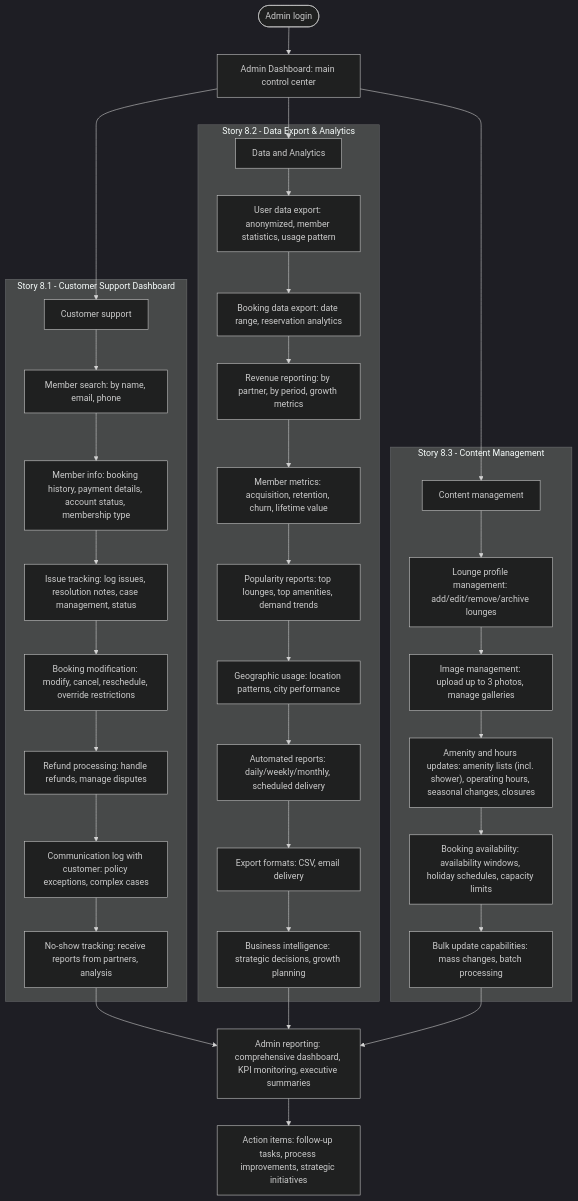
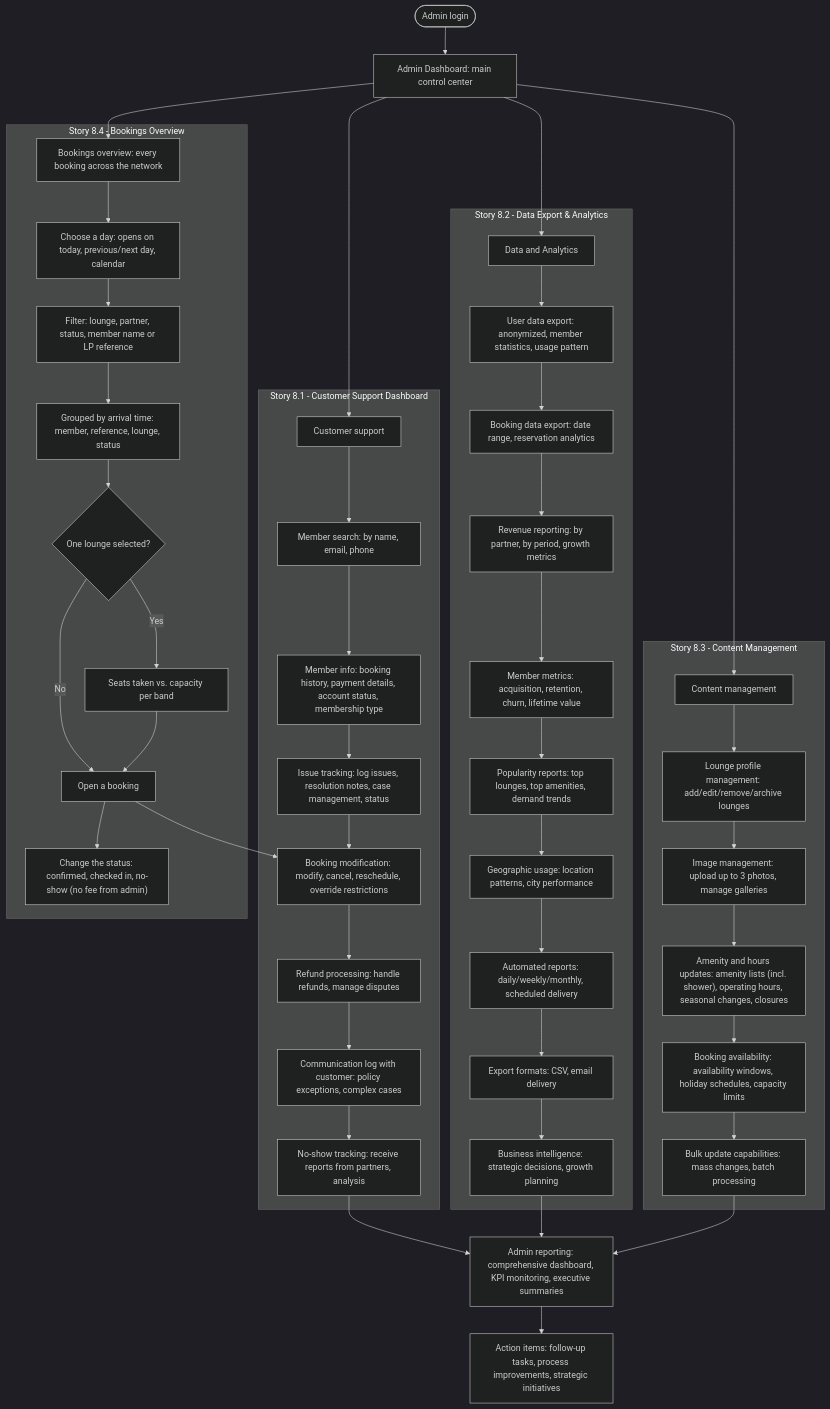
One commit to alvaro-Kreante/luxe-pass-training changed the diagram in docs/specs/flows/flow-admin-support-experience.md. Above: the diagram before and after it, drawn with Mermaid (dark theme). The commit also changed other lines of this file and 2 other files, not shown here.

Commit message:
docs: segmento de la Story 8.4 en el flujo del admin

````diff
--- a/docs/specs/flows/flow-admin-support-experience.md
+++ b/docs/specs/flows/flow-admin-support-experience.md
@@ -8,44 +8,57 @@
 ```mermaid
 flowchart TD
     AdminLogin(["Admin login"]) --> AdminDashboard["Admin Dashboard: main control center"]
 
     AdminDashboard --> CustSupport
     AdminDashboard --> DataAnalytics
     AdminDashboard --> ContentMgmt
+    AdminDashboard --> BookingsOverview
 
     subgraph Story81["Story 8.1 - Customer Support Dashboard"]
         CustSupport["Customer support"] --> MemberSearch["Member search: by name, email, phone"]
         MemberSearch --> MemberInfo["Member info: booking history, payment details, account status, membership type"]
         MemberInfo --> IssueTracking["Issue tracking: log issues, resolution notes, case management, status"]
         IssueTracking --> BookingModification["Booking modification: modify, cancel, reschedule, override restrictions"]
         BookingModification --> RefundProcessing["Refund processing: handle refunds, manage disputes"]
         RefundProcessing --> CommLog["Communication log with customer: policy exceptions, complex cases"]
         CommLog --> NoShowTrackingAdmin["No-show tracking: receive reports from partners, analysis"]
     end
 
     subgraph Story82["Story 8.2 - Data Export & Analytics"]
         DataAnalytics["Data and Analytics"] --> UserDataExport["User data export: anonymized, member statistics, usage pattern"]
         UserDataExport --> BookingDataExport["Booking data export: date range, reservation analytics"]
         BookingDataExport --> RevenueReporting["Revenue reporting: by partner, by period, growth metrics"]
         RevenueReporting --> MemberMetrics["Member metrics: acquisition, retention, churn, lifetime value"]
         MemberMetrics --> PopularityReports["Popularity reports: top lounges, top amenities, demand trends"]
         PopularityReports --> GeoUsage["Geographic usage: location patterns, city performance"]
         GeoUsage --> AutomatedReports["Automated reports: daily/weekly/monthly, scheduled delivery"]
         AutomatedReports --> ExportFormats["Export formats: CSV, email delivery"]
         ExportFormats --> BusinessIntel["Business intelligence: strategic decisions, growth planning"]
     end
 
     subgraph Story83["Story 8.3 - Content Management"]
         ContentMgmt["Content management"] --> LoungeProfileMgmt["Lounge profile management: add/edit/remove/archive lounges"]
         LoungeProfileMgmt --> ImageMgmt["Image management: upload up to 3 photos, manage galleries"]
         ImageMgmt --> AmenityHours["Amenity and hours updates: amenity lists (incl. shower), operating hours, seasonal changes, closures"]
         AmenityHours --> BookingAvailability["Booking availability: availability windows, holiday schedules, capacity limits"]
         BookingAvailability --> BulkUpdate["Bulk update capabilities: mass changes, batch processing"]
     end
 
+    subgraph Story84["Story 8.4 - Bookings Overview"]
+        BookingsOverview["Bookings overview: every booking across the network"] --> ChooseDay["Choose a day: opens on today, previous/next day, calendar"]
+        ChooseDay --> FilterBookings["Filter: lounge, partner, status, member name or LP reference"]
+        FilterBookings --> ByArrival["Grouped by arrival time: member, reference, lounge, status"]
+        ByArrival --> BandCapacity{"One lounge selected?"}
+        BandCapacity -->|Yes| SeatsByBand["Seats taken vs. capacity per band"]
+        BandCapacity -->|No| OpenBooking
+        SeatsByBand --> OpenBooking["Open a booking"]
+        OpenBooking --> BookingModification
+        OpenBooking --> ChangeStatus["Change the status: confirmed, checked in, no-show (no fee from admin)"]
+    end
+
     NoShowTrackingAdmin --> AdminReporting["Admin reporting: comprehensive dashboard, KPI monitoring, executive summaries"]
     BusinessIntel --> AdminReporting
     BulkUpdate --> AdminReporting
 
     AdminReporting --> ActionItems["Action items: follow-up tasks, process improvements, strategic initiatives"]
 ```
````
